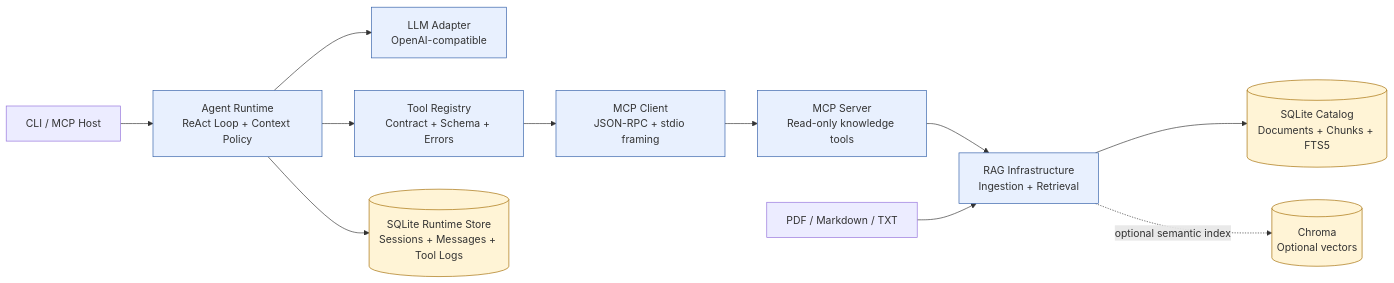
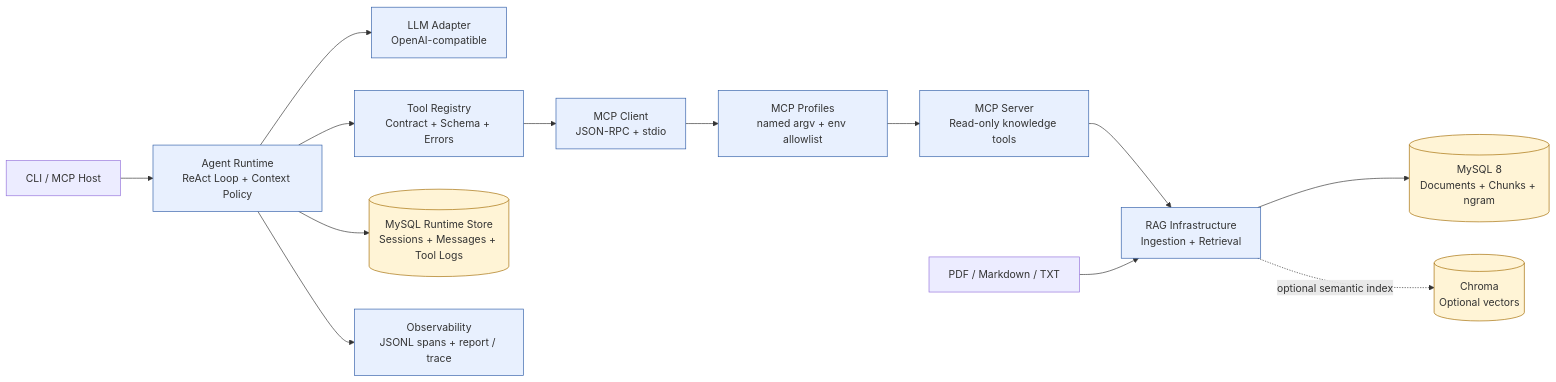
One commit to ikun-ikun1/AgentKernel changed the diagram in docs/architecture.mmd. Above: the diagram before and after it, drawn with Mermaid. The commit also changed 13 other files, not shown here.

```diff
--- a/docs/architecture.mmd
+++ b/docs/architecture.mmd
@@ -1,28 +1,32 @@
 flowchart LR
     User[CLI / MCP Host]
     Agent[Agent Runtime\nReAct Loop + Context Policy]
     LLM[LLM Adapter\nOpenAI-compatible]
     Registry[Tool Registry\nContract + Schema + Errors]
-    MCPClient[MCP Client\nJSON-RPC + stdio framing]
+    MCPClient[MCP Client\nJSON-RPC + stdio]
+    Profiles[MCP Profiles\nnamed argv + env allowlist]
     MCPServer[MCP Server\nRead-only knowledge tools]
     RAG[RAG Infrastructure\nIngestion + Retrieval]
-    Catalog[(SQLite Catalog\nDocuments + Chunks + FTS5)]
+    Catalog[(MySQL 8\nDocuments + Chunks + ngram)]
     Vector[(Chroma\nOptional vectors)]
     Source[PDF / Markdown / TXT]
-    Memory[(SQLite Runtime Store\nSessions + Messages + Tool Logs)]
+    Memory[(MySQL Runtime Store\nSessions + Messages + Tool Logs)]
+    Obs[Observability\nJSONL spans + report / trace]
 
     User --> Agent
     Agent --> LLM
     Agent --> Registry
+    Agent --> Memory
+    Agent --> Obs
     Registry --> MCPClient
-    MCPClient --> MCPServer
+    MCPClient --> Profiles
+    Profiles --> MCPServer
     MCPServer --> RAG
     Source --> RAG
     RAG --> Catalog
     RAG -. optional semantic index .-> Vector
-    Agent --> Memory
 
     classDef core fill:#e8f0fe,stroke:#315ea8,stroke-width:1px;
     classDef storage fill:#fff4d6,stroke:#a36b00,stroke-width:1px;
-    class Agent,LLM,Registry,MCPClient,MCPServer,RAG core;
+    class Agent,LLM,Registry,MCPClient,Profiles,MCPServer,RAG,Obs core;
     class Catalog,Vector,Memory storage;
```
